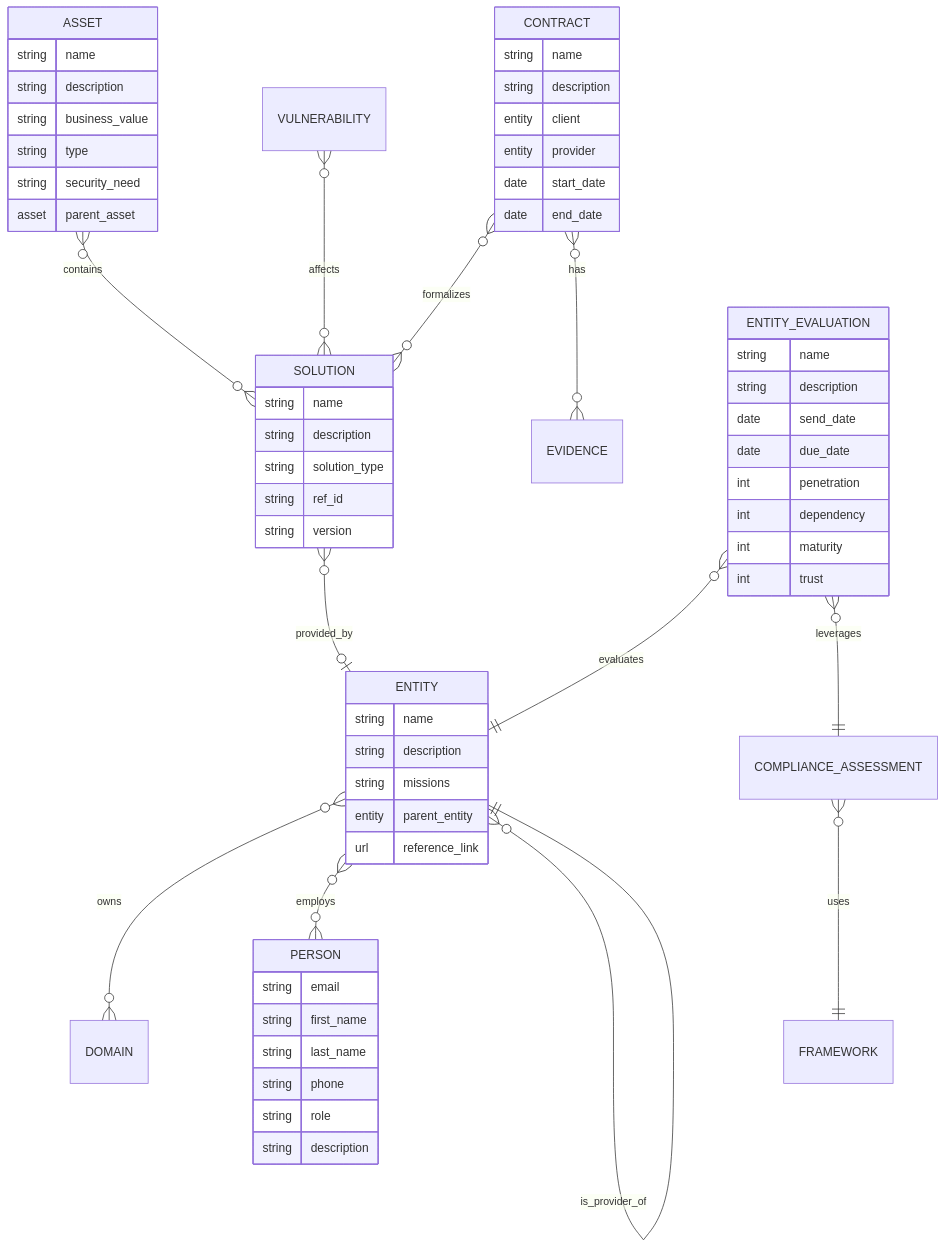
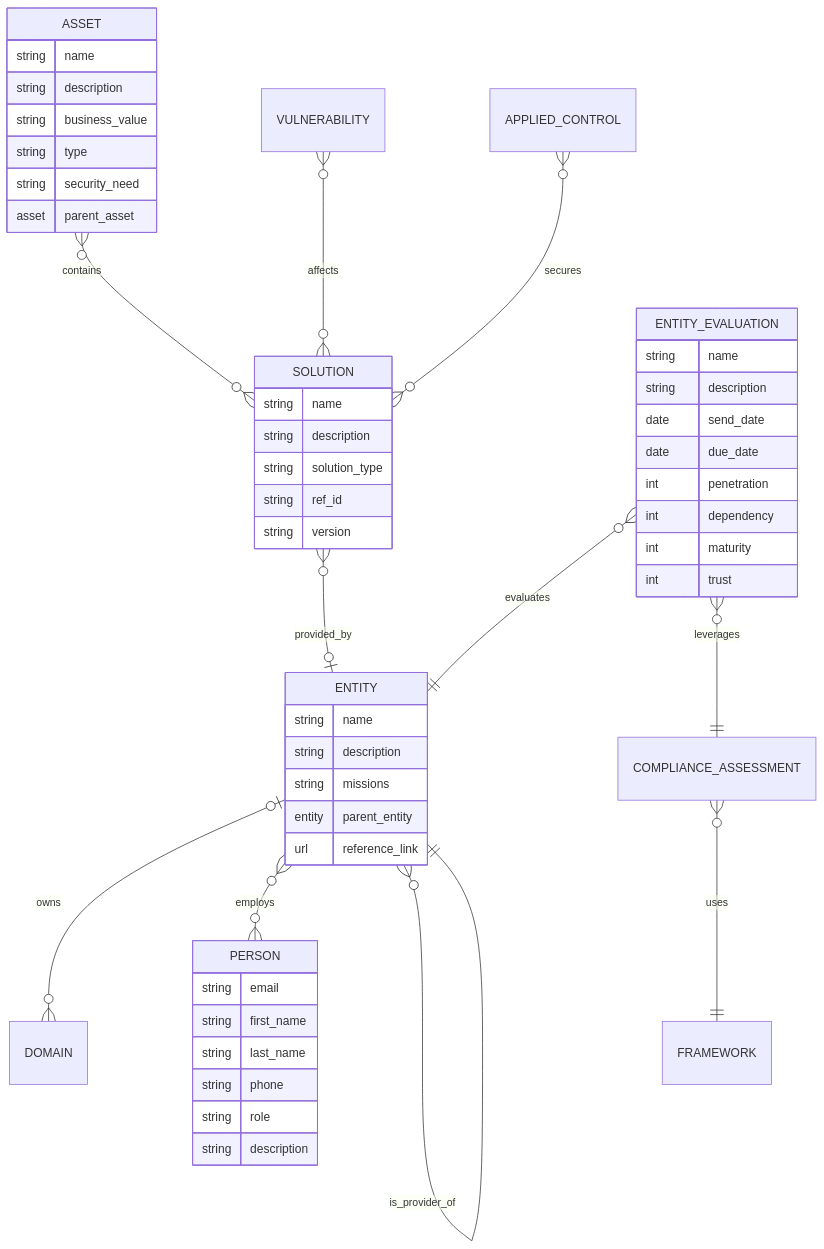
One commit to intuitem/ciso-assistant-community changed the eighth of 10 diagrams in documentation/architecture/data-model.md. Above: the diagram before and after it, drawn with Mermaid. The commit also changed other lines of this file, not shown here.

Commit message:
Update data-model.md
Consider contract as a subset of applied controls.
A domain can be owned by one entity at most.

````diff
--- a/documentation/architecture/data-model.md
+++ b/documentation/architecture/data-model.md
@@ -1108,70 +1108,59 @@
 ```mermaid
 erDiagram
 
     ASSET                 }o--o{ SOLUTION              : contains
-    ENTITY                }o--o{ DOMAIN                : owns
+    ENTITY                |o--o{ DOMAIN                : owns
     VULNERABILITY         }o--o{ SOLUTION              : affects
     SOLUTION              }o--o| ENTITY                : provided_by
-    CONTRACT              }o--o{ SOLUTION              : formalizes
-    CONTRACT              }o--o{ EVIDENCE              : has
+    APPLIED_CONTROL       }o--o{ SOLUTION              : secures
     ENTITY_EVALUATION     }o--|| ENTITY                : evaluates
     ENTITY                }o--o{ PERSON                : employs
     ENTITY_EVALUATION     }o--|| COMPLIANCE_ASSESSMENT : leverages
     ENTITY                }o--|| ENTITY                : is_provider_of
     COMPLIANCE_ASSESSMENT }o--|| FRAMEWORK             : uses
     ENTITY {
         string  name
         string  description
         string  missions  
         entity  parent_entity
         url     reference_link
     }
 
     ASSET {
         string      name
         string      description
         string      business_value
         string      type
         string      security_need
         asset       parent_asset
     }
 
-
     SOLUTION {
         string      name
         string      description
         string      solution_type
         string      ref_id
         string      version
-    }
-
-    CONTRACT {
-        string name
-        string description
-        entity client
-        entity provider
-        date   start_date
-        date   end_date
     }
 
     ENTITY_EVALUATION {
         string name
         string description
         date   send_date
         date   due_date
         int    penetration
         int    dependency
         int    maturity
         int    trust
     }
 
     PERSON {
         string email
         string first_name
         string last_name
         string phone
         string role
         string description
     }
 
 ```
````
